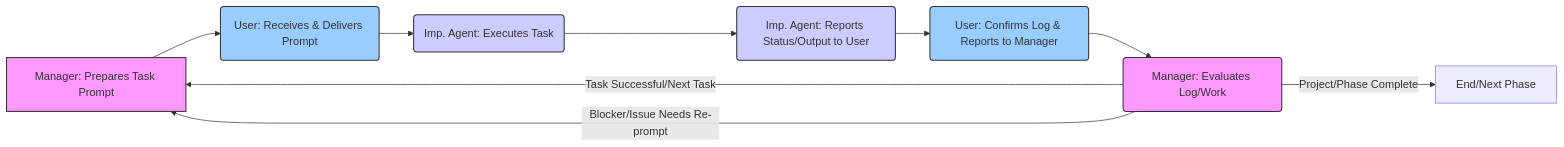
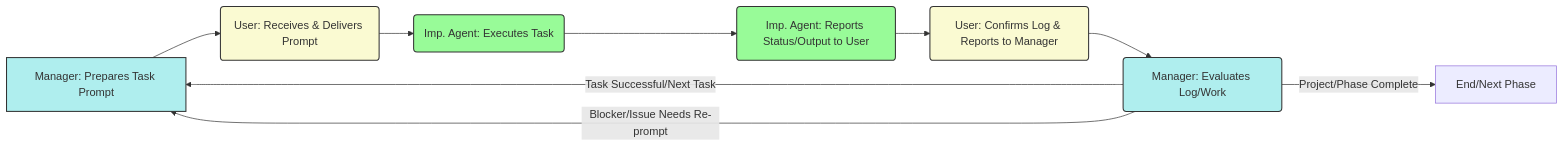
Before and after one commit to sdi2200262/agentic-project-management: the first of 3 diagrams in docs/01_Workflow_Overview.md, drawn with Mermaid. The commit also changed other lines of this file, not shown here.

Commit message:
fixed colors on graph'

````diff
--- a/docs/01_Workflow_Overview.md
+++ b/docs/01_Workflow_Overview.md
@@ -9,20 +9,20 @@
 ```mermaid
 graph LR
     A[Manager: Prepares Task Prompt] --> B(User: Receives & Delivers Prompt);
     B --> C(Imp. Agent: Executes Task);
     C --> D(Imp. Agent: Reports Status/Output to User);
     D --> E(User: Confirms Log & Reports to Manager);
     E --> F(Manager: Evaluates Log/Work);
     F -- Task Successful/Next Task --> A;
     F -- Blocker/Issue Needs Re-prompt --> A;
     F -- Project/Phase Complete --> G[End/Next Phase];
 
-    classDef manager fill:#f9f,stroke:#333,stroke-width:1.5px;
-    classDef user fill:#9cf,stroke:#333,stroke-width:1.5px;
-    classDef implementer fill:#ccf,stroke:#333,stroke-width:1.5px;
+    classDef manager fill:#AFEEEE,stroke:#333,stroke-width:1.5px; 
+    classDef user fill:#FAFAD2,stroke:#333,stroke-width:1.5px; 
+    classDef implementer fill:#98FB98,stroke:#333,stroke-width:1.5px; 
 
     class A,F manager;
     class B,E user;
     class C,D implementer;
     class G default;
 ```
````
